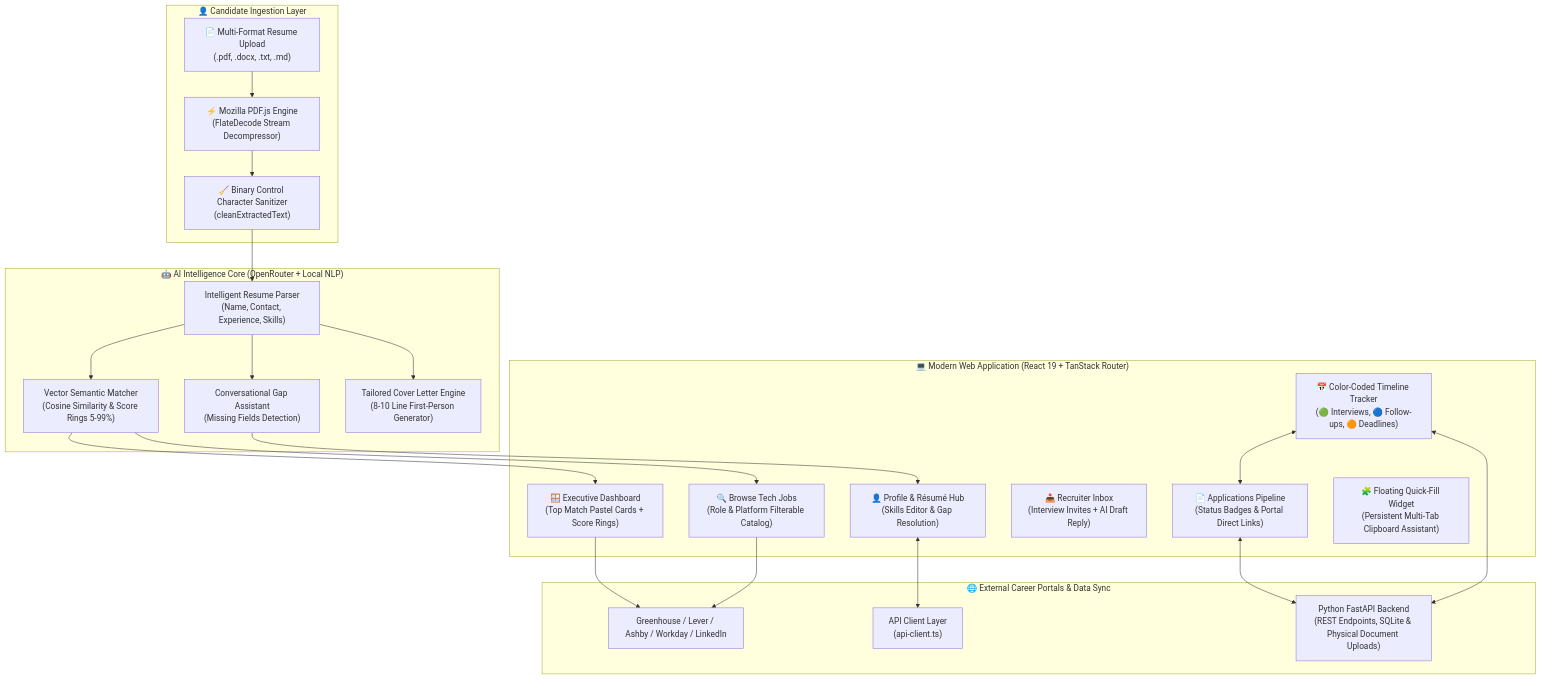
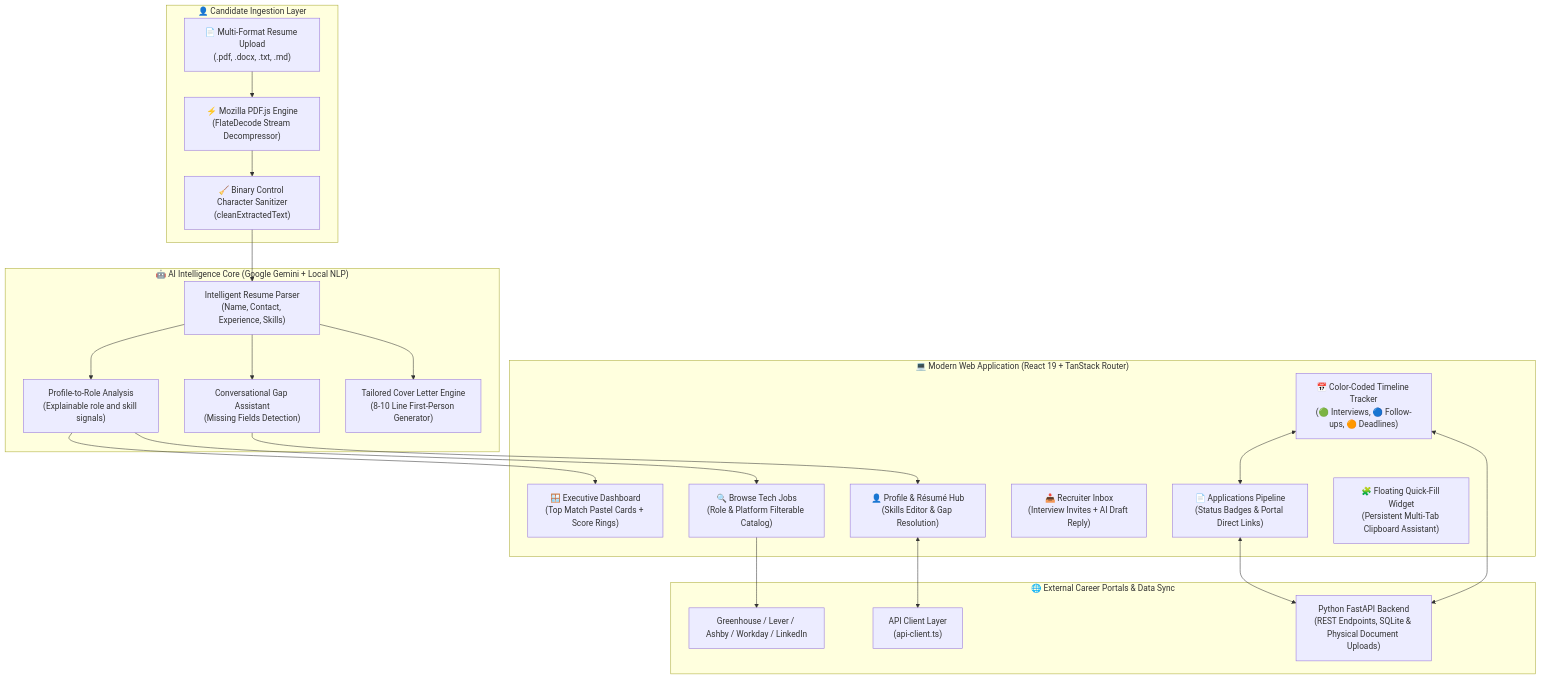
The diagram in README.md (harshit1arora/Job-Application-Tracker), drawn with Mermaid before and after one commit. The commit also changed other lines of this file and 45 other files, not shown here.

````diff
--- a/README.md
+++ b/README.md
@@ -23,48 +22,47 @@
 ```mermaid
 flowchart TB
     subgraph Candidate["👤 Candidate Ingestion Layer"]
         ResumeUpload["📄 Multi-Format Resume Upload\n(.pdf, .docx, .txt, .md)"]
         PdfJsEngine["⚡ Mozilla PDF.js Engine\n(FlateDecode Stream Decompressor)"]
         TextSanitizer["🧹 Binary Control Character Sanitizer\n(cleanExtractedText)"]
         ResumeUpload --> PdfJsEngine --> TextSanitizer
     end
 
-    subgraph AIEngine["🤖 AI Intelligence Core (OpenRouter + Local NLP)"]
+    subgraph AIEngine["🤖 AI Intelligence Core (Google Gemini + Local NLP)"]
         AiParser["Intelligent Resume Parser\n(Name, Contact, Experience, Skills)"]
         GapDetector["Conversational Gap Assistant\n(Missing Fields Detection)"]
-        JobMatcher["Vector Semantic Matcher\n(Cosine Similarity & Score Rings 5-99%)"]
+        JobMatcher["Profile-to-Role Analysis\n(Explainable role and skill signals)"]
         LetterGen["Tailored Cover Letter Engine\n(8-10 Line First-Person Generator)"]
         
         TextSanitizer --> AiParser
         AiParser --> GapDetector
         AiParser --> JobMatcher
         AiParser --> LetterGen
     end
 
     subgraph UI["💻 Modern Web Application (React 19 + TanStack Router)"]
         Dashboard["🪟 Executive Dashboard\n(Top Match Pastel Cards + Score Rings)"]
         BrowseJobs["🔍 Browse Tech Jobs\n(Role & Platform Filterable Catalog)"]
         Applications["📄 Applications Pipeline\n(Status Badges & Portal Direct Links)"]
         Inbox["📥 Recruiter Inbox\n(Interview Invites + AI Draft Reply)"]
         CalendarTracker["📅 Color-Coded Timeline Tracker\n(🟢 Interviews, 🔵 Follow-ups, 🟠 Deadlines)"]
         ProfileHub["👤 Profile & Résumé Hub\n(Skills Editor & Gap Resolution)"]
         QuickFill["🧩 Floating Quick-Fill Widget\n(Persistent Multi-Tab Clipboard Assistant)"]
 
         JobMatcher --> Dashboard
         JobMatcher --> BrowseJobs
         GapDetector --> ProfileHub
         CalendarTracker <--> Applications
     end
 
     subgraph Integration["🌐 External Career Portals & Data Sync"]
         Portals["Greenhouse / Lever / Ashby / Workday / LinkedIn"]
         DataSync["API Client Layer\n(api-client.ts)"]
         FastApi["Python FastAPI Backend\n(REST Endpoints, SQLite & Physical Document Uploads)"]
 
-        Dashboard --> Portals
         BrowseJobs --> Portals
         Applications <--> FastApi
         CalendarTracker <--> FastApi
         ProfileHub <--> DataSync
     end
 ```
````
